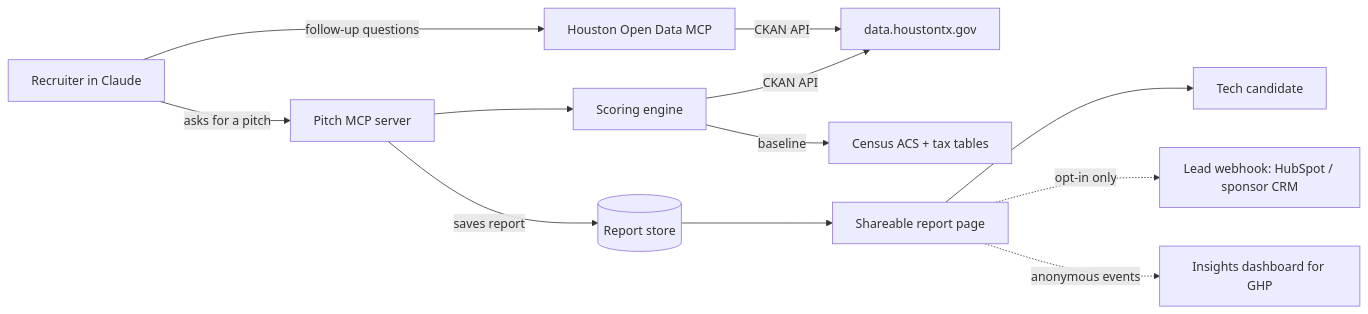
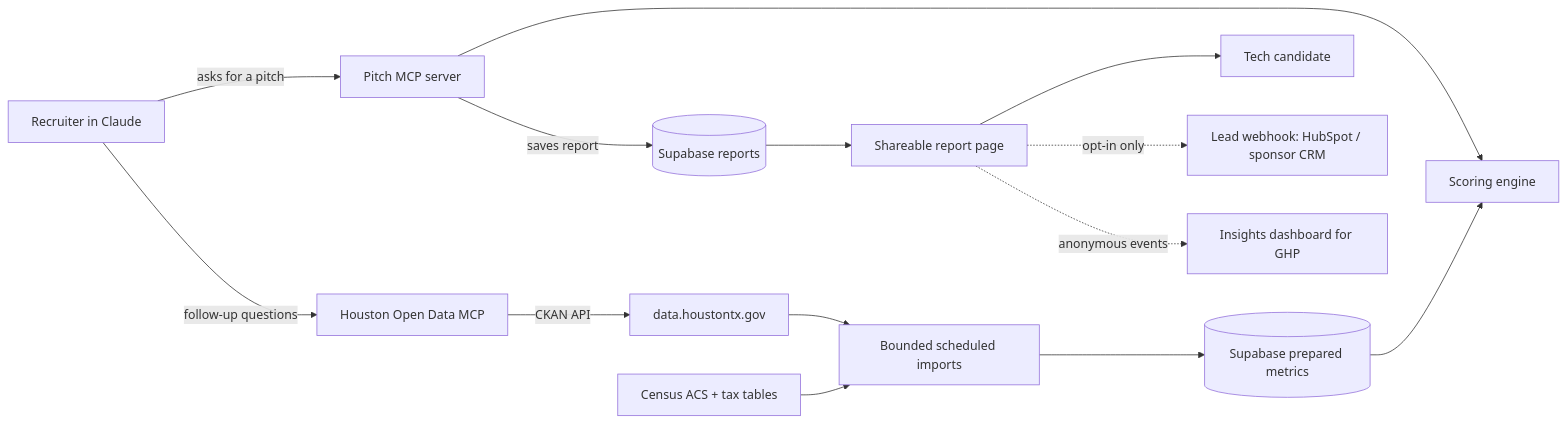
Before and after one commit to Akretic-Sean/Someone-s-Houston: the diagram in docs/build-plan.md, drawn with Mermaid. The commit also changed other lines of this file and 5 other files, not shown here.

Commit message:
Select Supabase and define focused relocation data policy

````diff
--- a/docs/build-plan.md
+++ b/docs/build-plan.md
@@ -88,14 +90,16 @@
 ```mermaid
 flowchart LR
   R[Recruiter in Claude] -->|asks for a pitch| P[Pitch MCP server]
   R -->|follow-up questions| H[Houston Open Data MCP]
   P --> E[Scoring engine]
-  E -->|CKAN API| D[data.houstontx.gov]
-  H -->|CKAN API| D
-  E -->|baseline| C[Census ACS + tax tables]
-  P -->|saves report| S[(Report store)]
+  H -->|CKAN API| D[data.houstontx.gov]
+  D --> I[Bounded scheduled imports]
+  C[Census ACS + tax tables] --> I
+  I --> N[(Supabase prepared metrics)]
+  N --> E
+  P -->|saves report| S[(Supabase reports)]
   S --> W[Shareable report page]
   W --> K[Tech candidate]
   W -.->|opt-in only| L[Lead webhook: HubSpot / sponsor CRM]
   W -.->|anonymous events| A[Insights dashboard for GHP]
 ```
````
